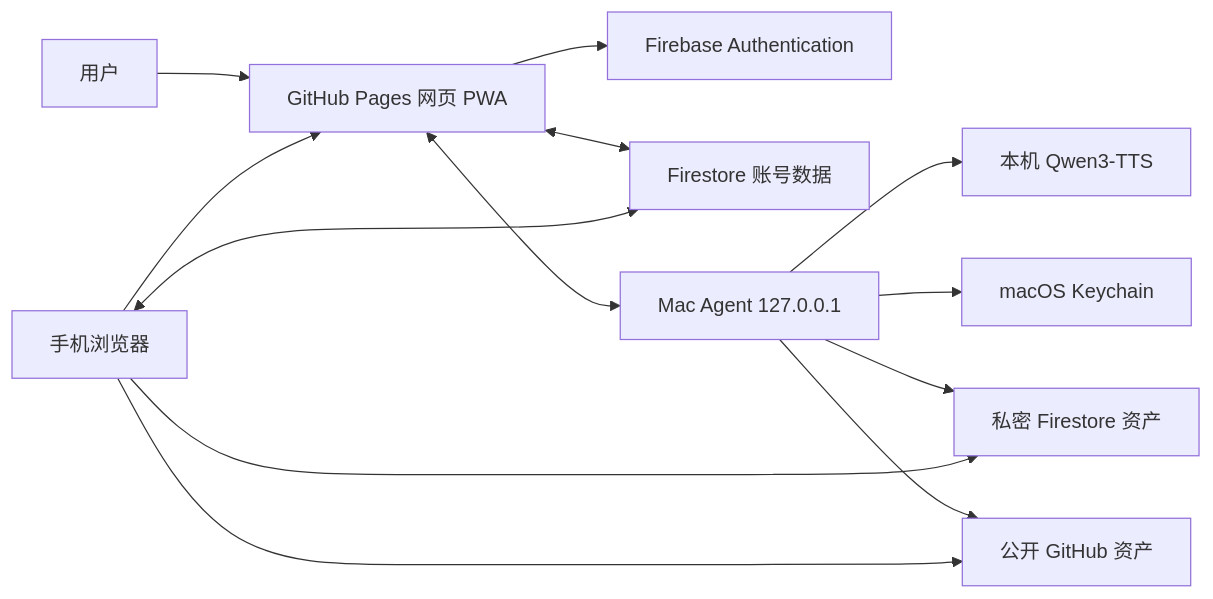
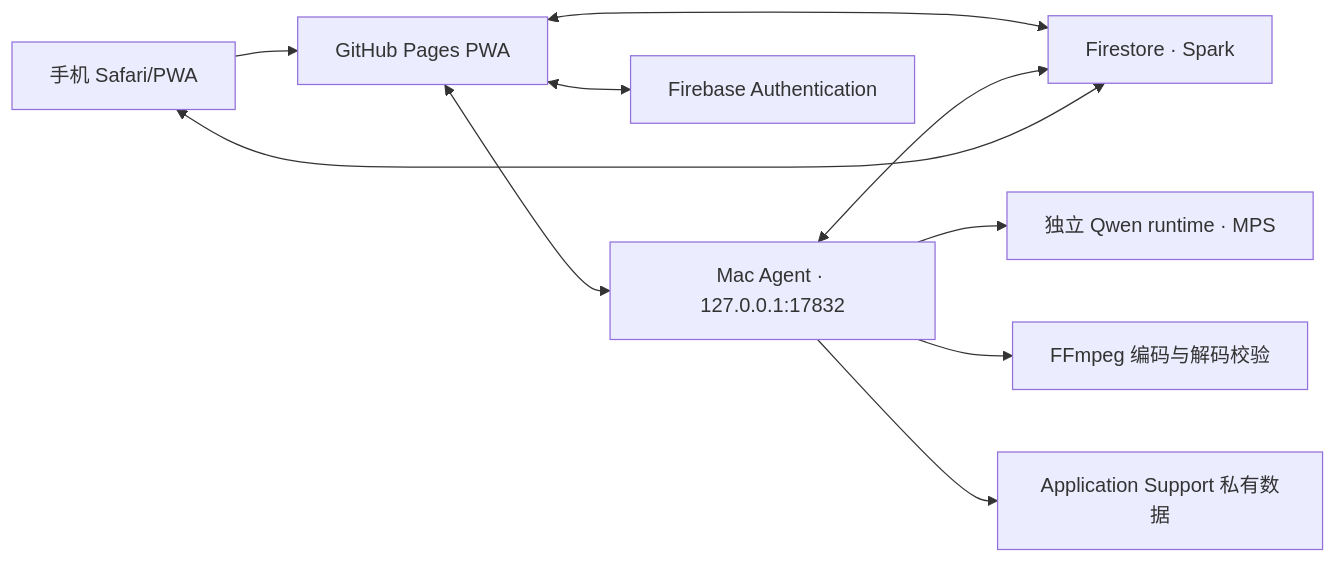
The diagram in docs/项目完整说明.md (MKasumi1007/free-cross-device-audiobook), drawn with Mermaid before and after one commit. The commit also changed other lines of this file and 73 other files, not shown here.

````diff
--- a/docs/项目完整说明.md
+++ b/docs/项目完整说明.md
@@ -103,15 +34,12 @@
 ```mermaid
 flowchart LR
-    U["用户"] --> W["GitHub Pages 网页 PWA"]
-    W --> A["Firebase Authentication"]
-    W <--> F["Firestore 账号数据"]
-    W <--> M["Mac Agent 127.0.0.1"]
-    M --> Q["本机 Qwen3-TTS"]
-    M --> K["macOS Keychain"]
-    M --> P["私密 Firestore 资产"]
-    M --> G["公开 GitHub 资产"]
-    S["手机浏览器"] --> W
-    S <--> F
-    S --> P
-    S --> G
+    Web["GitHub Pages PWA"] <--> Agent["Mac Agent · 127.0.0.1:17832"]
+    Web <--> Auth["Firebase Authentication"]
+    Web <--> Store["Firestore · Spark"]
+    Agent <--> Store
+    Agent --> Qwen["独立 Qwen runtime · MPS"]
+    Agent --> FF["FFmpeg 编码与解码校验"]
+    Agent --> Local["Application Support 私有数据"]
+    Phone["手机 Safari/PWA"] --> Web
+    Phone <--> Store
 ```
````
